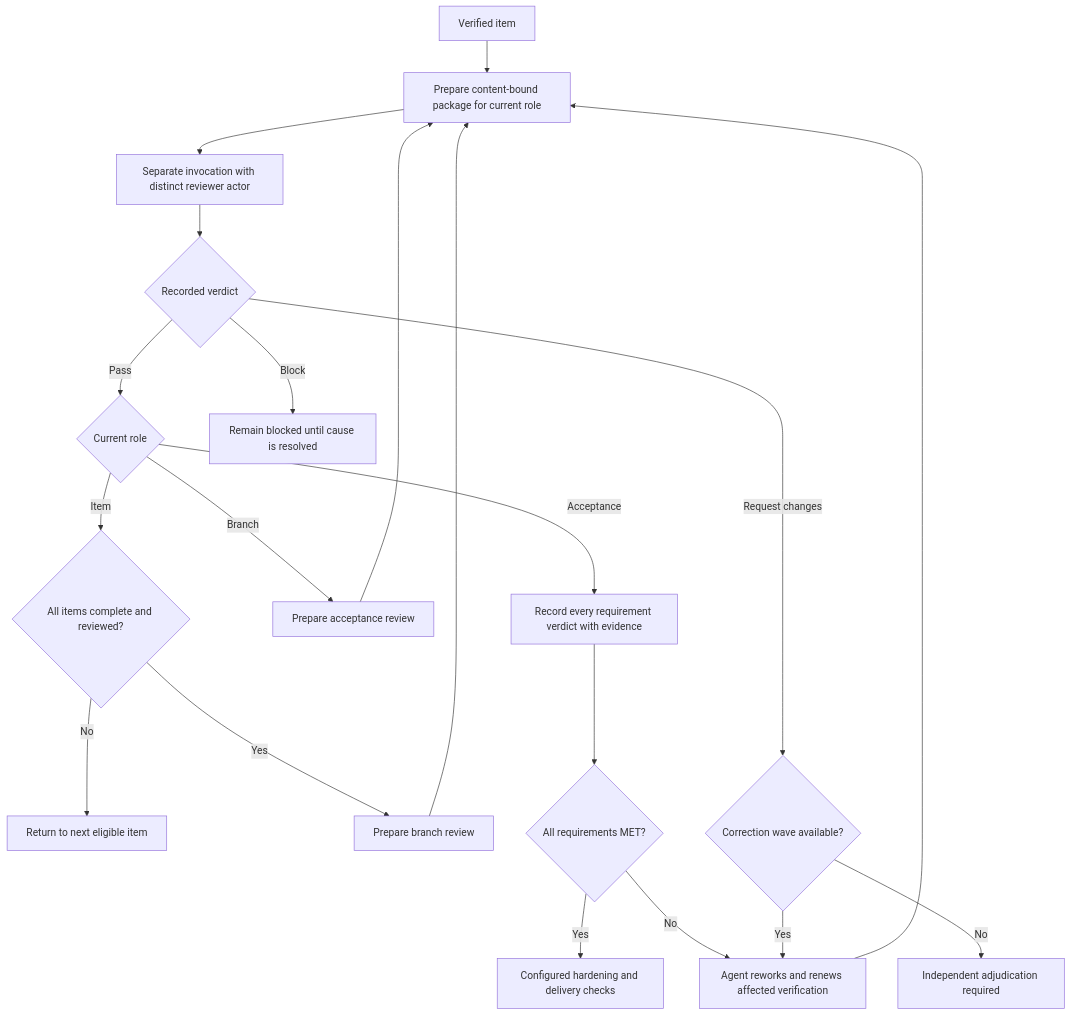
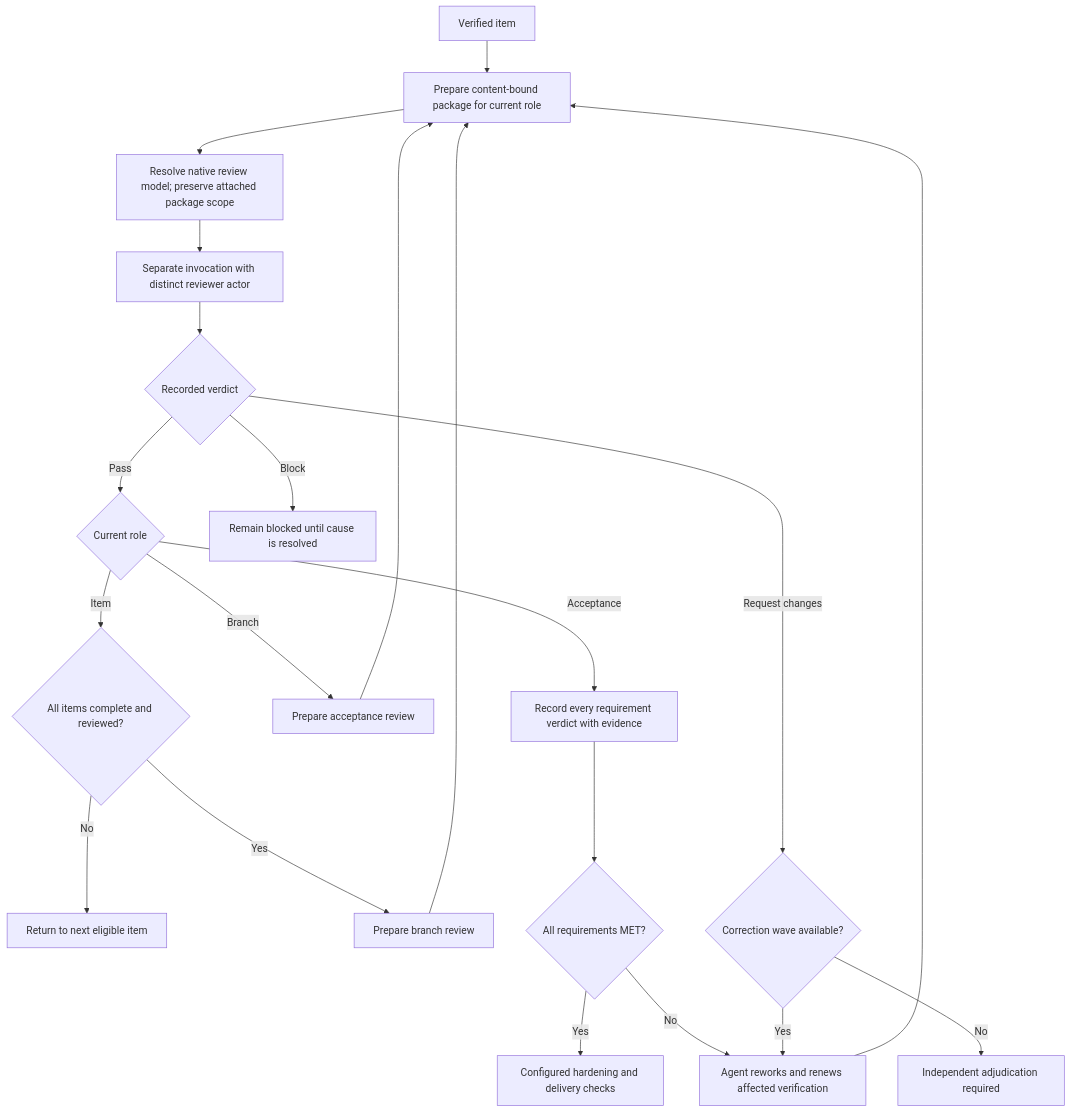
One commit to wgentil/devflow changed the diagram in skills/review-work/SKILL.md. Above: the diagram before and after it, drawn with Mermaid. The commit also changed other lines of this file and 48 other files, not shown here.

````diff
--- a/skills/review-work/SKILL.md
+++ b/skills/review-work/SKILL.md
@@ -10,22 +10,23 @@
 ```mermaid
 flowchart TD
     Item["Verified item"] --> Package["Prepare content-bound package for current role"]
-    Package --> Reviewer["Separate invocation with distinct reviewer actor"]
+    Package --> Native["Resolve native review model; preserve attached package scope"]
+    Native --> Reviewer["Separate invocation with distinct reviewer actor"]
     Reviewer --> Verdict{"Recorded verdict"}
     Verdict -->|Pass| Stage{"Current role"}
     Stage -->|Item| More{"All items complete and reviewed?"}
     More -->|No| Next["Return to next eligible item"]
     More -->|Yes| Branch["Prepare branch review"]
     Branch --> Package
     Stage -->|Branch| Acceptance["Prepare acceptance review"]
     Acceptance --> Package
     Stage -->|Acceptance| Requirements["Record every requirement verdict with evidence"]
     Requirements --> Complete{"All requirements MET?"}
     Complete -->|Yes| Hardening["Configured hardening and delivery checks"]
     Complete -->|No| Fix["Agent reworks and renews affected verification"]
     Verdict -->|Request changes| Limit{"Correction wave available?"}
     Limit -->|Yes| Fix
     Fix --> Package
     Limit -->|No| Adjudication["Independent adjudication required"]
     Verdict -->|Block| Blocked["Remain blocked until cause is resolved"]
 ```
````
